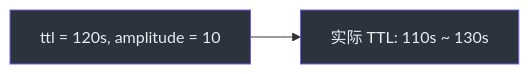
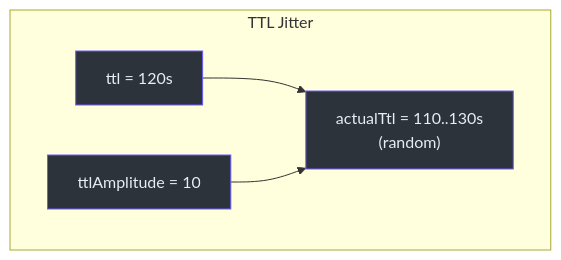
One commit to Ahoo-Wang/CoCache changed the first of 3 diagrams in wiki/zh/guide/configuration.md. Above: the diagram before and after it, drawn with Mermaid. The commit also changed other lines of this file and 25 other files, not shown here.

````diff
--- a/wiki/zh/guide/configuration.md
+++ b/wiki/zh/guide/configuration.md
@@ -33,6 +30,16 @@
 ```mermaid
 graph LR
-    A["ttl = 120s, amplitude = 10"] --> B["实际 TTL: 110s ~ 130s"]
-    style A fill:#2d333b,stroke:#6d5dfc,color:#e6edf3
-    style B fill:#2d333b,stroke:#6d5dfc,color:#e6edf3
+    subgraph ttl_jitter ["TTL Jitter"]
+        direction LR
+        TTL["ttl = 120s"]
+        Amp["ttlAmplitude = 10"]
+        Result["actualTtl = 110..130s<br>(random)"]
+    end
+
+    TTL --> Result
+    Amp --> Result
+
+    style TTL fill:#2d333b,stroke:#6d5dfc,color:#e6edf3
+    style Amp fill:#2d333b,stroke:#6d5dfc,color:#e6edf3
+    style Result fill:#2d333b,stroke:#6d5dfc,color:#e6edf3
 ```
````
